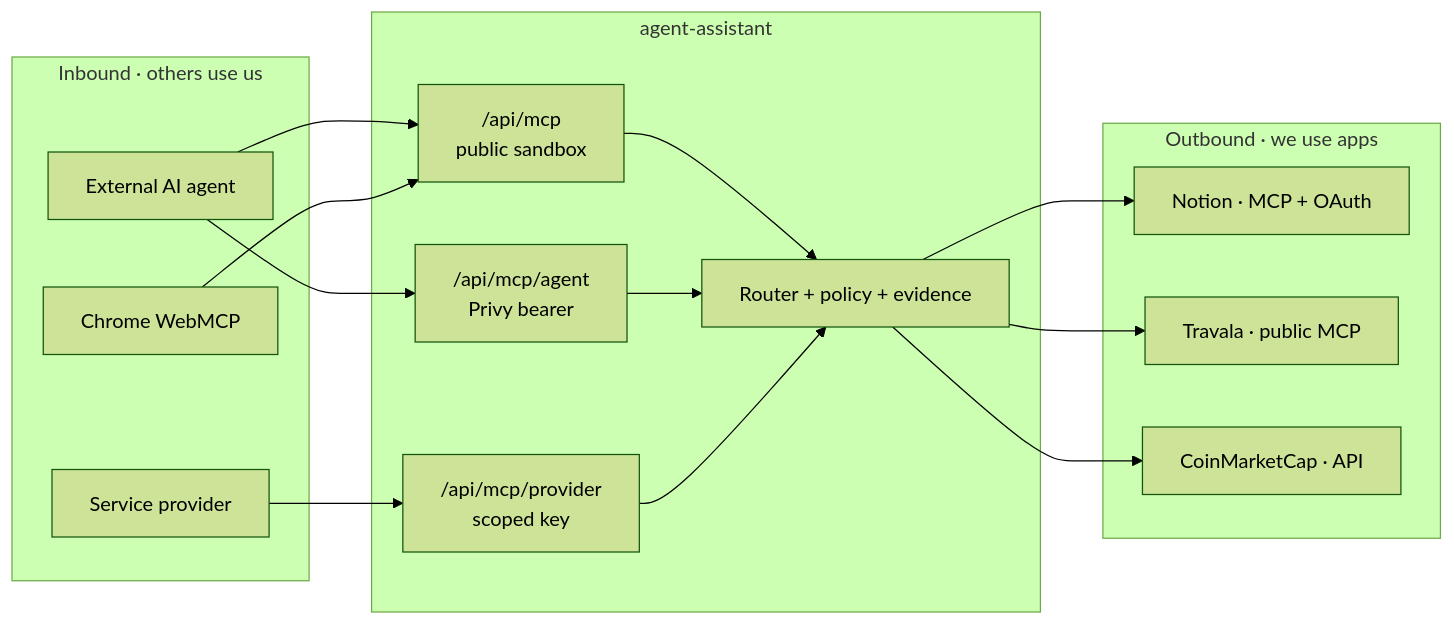
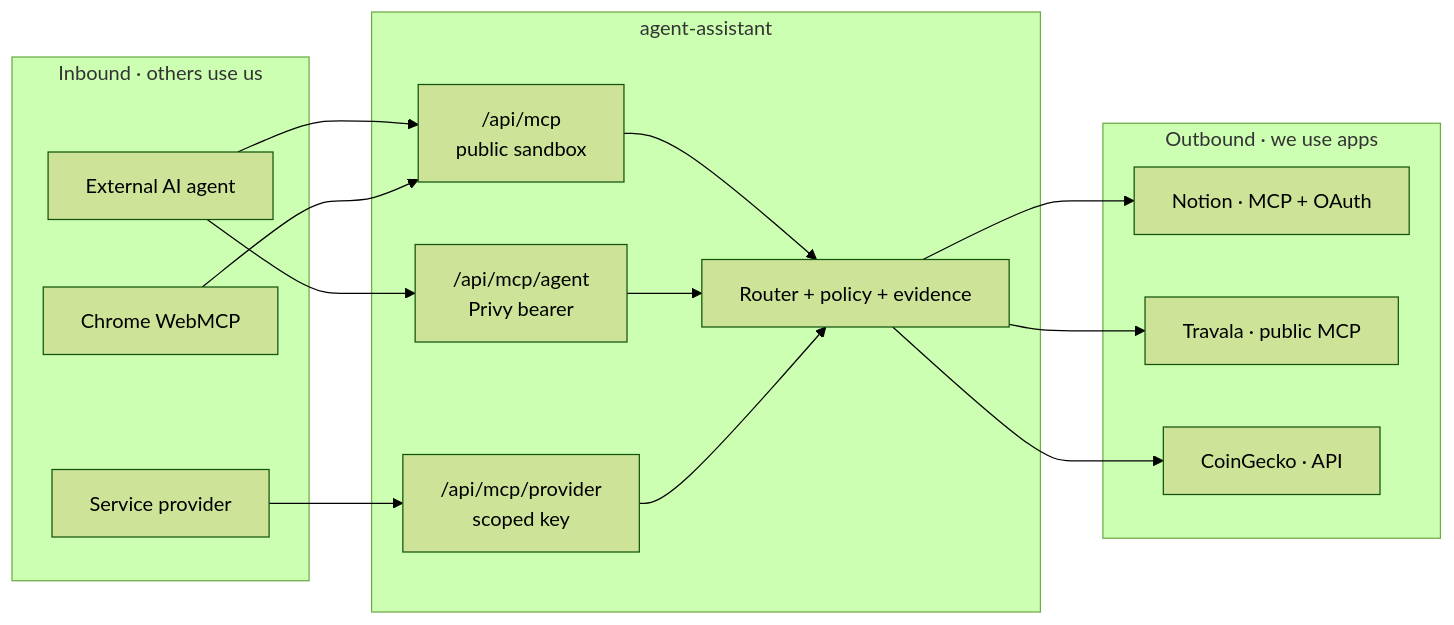
The third of 3 diagrams in README.md (CaBsCrypto/agente-asistente), drawn with Mermaid (forest theme) before and after one commit. The commit also changed other lines of this file and 1 other file, not shown here.

First line of the commit message:
Sync docs: DeFindex XLM Live, CoinGecko primary, Telegram row (#15)

```diff
--- a/README.md
+++ b/README.md
@@ -185,29 +186,29 @@
 ~~~mermaid
 flowchart LR
     subgraph IN["Inbound · others use us"]
         EA["External AI agent"]
         PRO["Service provider"]
         WEB["Chrome WebMCP"]
     end
     subgraph CORE["agent-assistant"]
         P1["/api/mcp<br/>public sandbox"]
         P2["/api/mcp/agent<br/>Privy bearer"]
         P3["/api/mcp/provider<br/>scoped key"]
         ENG["Router + policy + evidence"]
     end
     subgraph OUT["Outbound · we use apps"]
         NO["Notion · MCP + OAuth"]
         TV["Travala · public MCP"]
-        CM["CoinMarketCap · API"]
+        CM["CoinGecko · API"]
     end
     EA --> P1
     WEB --> P1
     PRO --> P3
     EA --> P2
     P1 --> ENG
     P2 --> ENG
     P3 --> ENG
     ENG --> NO
     ENG --> TV
     ENG --> CM
 ~~~
```
